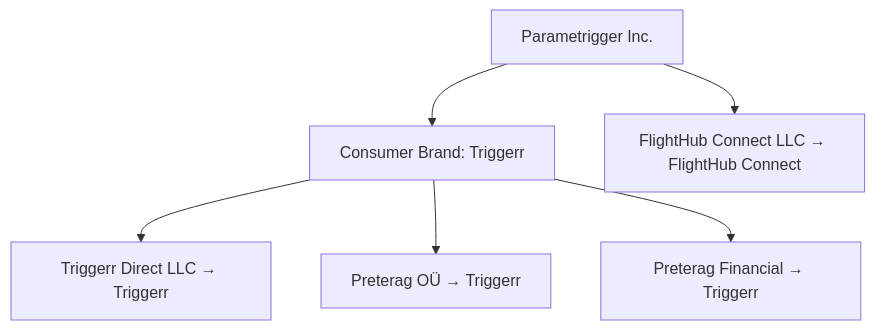
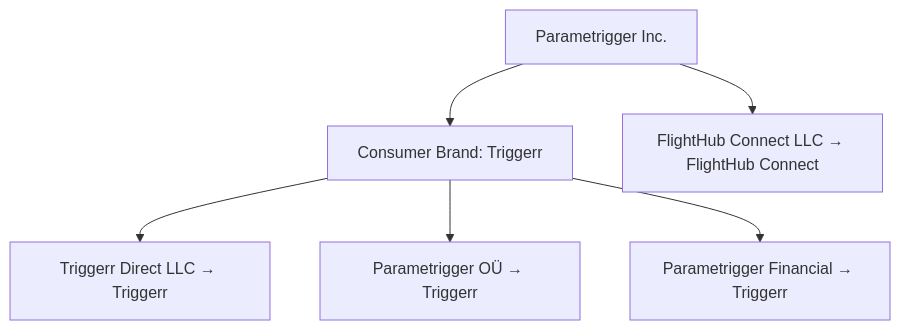
Before and after one commit to e3o8o/triggerr: the second of 2 diagrams in docs/01_vision/02_BUSINESS_STRUCTURE.md, drawn with Mermaid. The commit also changed other lines of this file and 39 other files, not shown here.

Commit message:
Brand, business, and infra updates: migrate InsureInnie/PRTF to Triggerr/Parametrigger, update Node.js, fix UUID, and ensure build stability

````diff
--- a/docs/01_vision/02_BUSINESS_STRUCTURE.md
+++ b/docs/01_vision/02_BUSINESS_STRUCTURE.md
@@ -358,8 +358,8 @@
 ```mermaid
 graph TD
     A[Parametrigger Inc.] --> B[Consumer Brand: Triggerr]
     B --> C[Triggerr Direct LLC → Triggerr]
-    B --> D[Preterag OÜ → Triggerr]
-    B --> E[Preterag Financial → Triggerr]
+    B --> D[Parametrigger OÜ → Triggerr]
+    B --> E[Parametrigger Financial → Triggerr]
     A --> F[FlightHub Connect LLC → FlightHub Connect]
 ```
````
